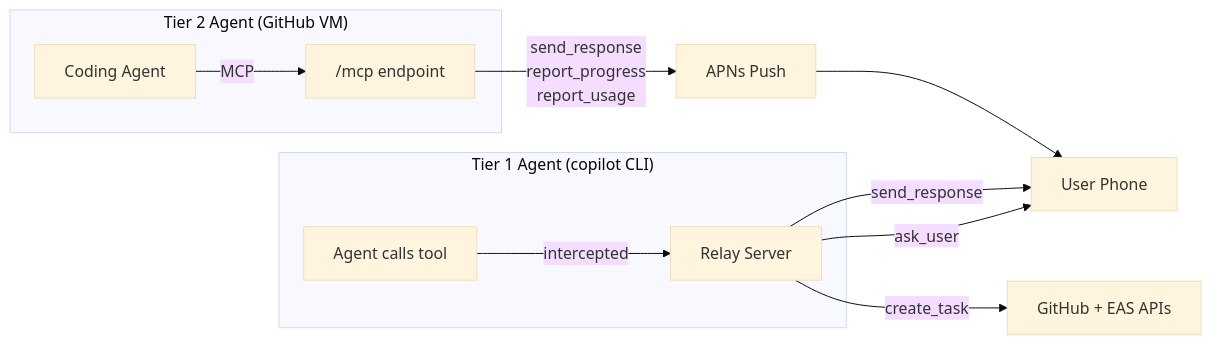
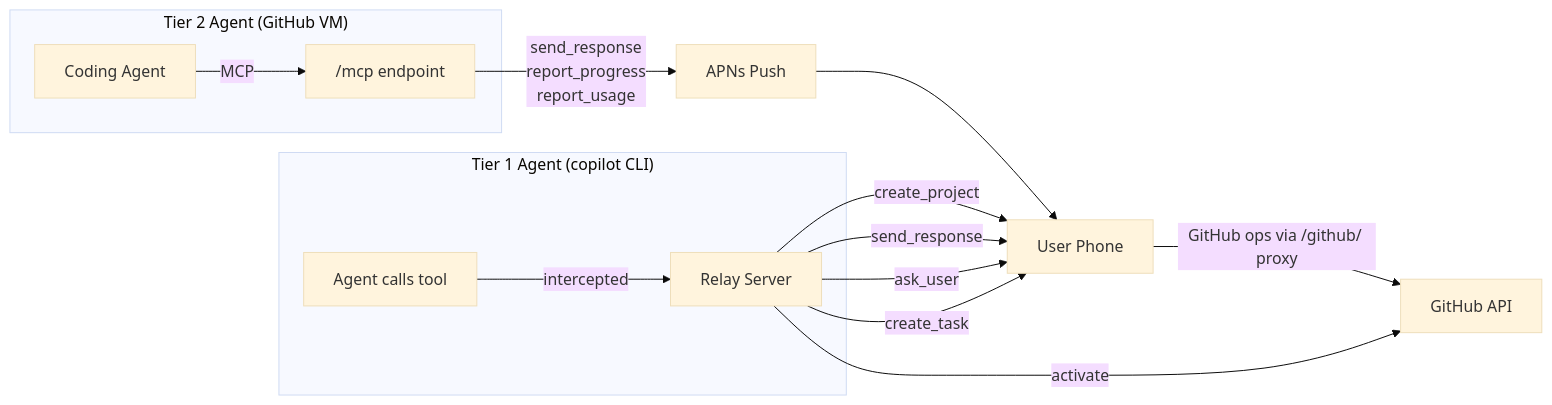
One commit to lalalic/neox changed the second of 5 diagrams in docs/remote-project-dev-design-full.md. Above: the diagram before and after it, drawn with Mermaid (base theme). The commit also changed other lines of this file and 1 other file, not shown here.

First line of the commit message:
Add create_project tool design, update tool inventory and guided flow

````diff
--- a/docs/remote-project-dev-design-full.md
+++ b/docs/remote-project-dev-design-full.md
@@ -71,15 +71,18 @@
 ```mermaid
 graph LR
     subgraph "Tier 1 Agent (copilot CLI)"
         A[Agent calls tool] -->|intercepted| R[Relay Server]
     end
-    R -->|"send_response"| Phone[User Phone]
+    R -->|"create_project"| Phone[User Phone]
+    R -->|"send_response"| Phone
     R -->|"ask_user"| Phone
-    R -->|"create_task"| GH[GitHub + EAS APIs]
+    R -->|"create_task"| Phone
+    Phone -->|"GitHub ops via /github/ proxy"| GH[GitHub API]
+    R -->|"activate"| GH
 
     subgraph "Tier 2 Agent (GitHub VM)"
         CA[Coding Agent] -->|MCP| MCP["/mcp endpoint"]
     end
     MCP -->|"send_response<br/>report_progress<br/>report_usage"| APNs[APNs Push]
     APNs --> Phone
 ```
````
